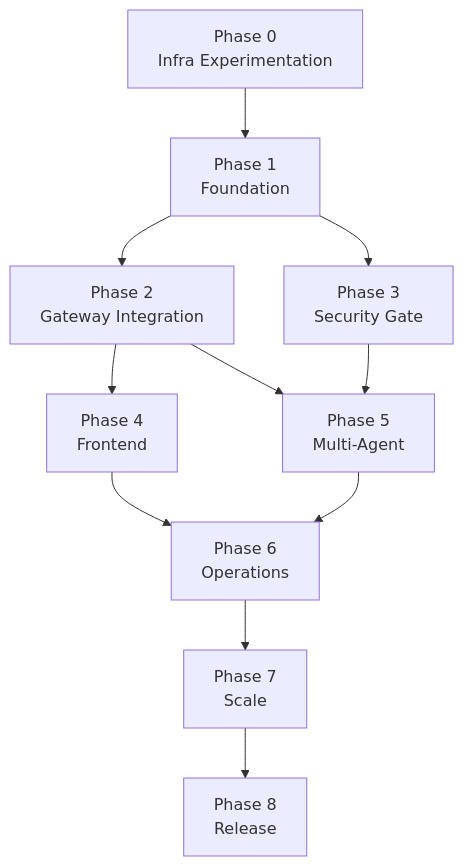
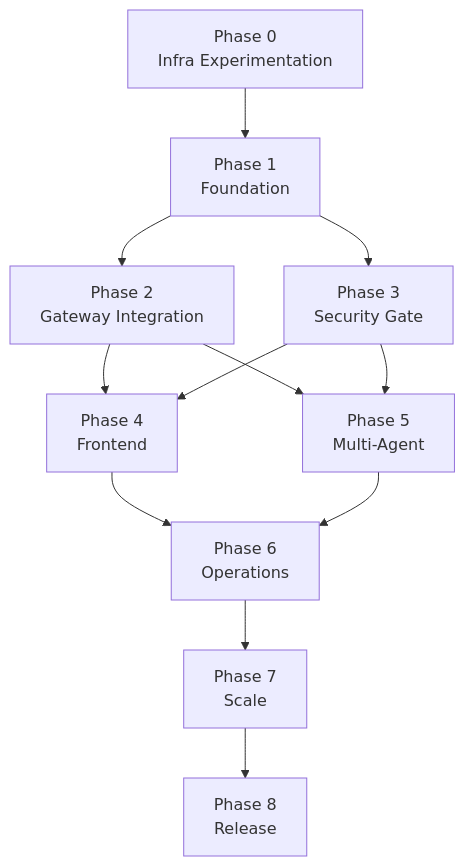
Before and after one commit to 1qh/claw: the first of 3 diagrams in plan/README.md, drawn with Mermaid. The commit also changed 5 other files, not shown here.

````diff
--- a/plan/README.md
+++ b/plan/README.md
@@ -18,23 +18,24 @@
 ```mermaid
 graph TD
     P0["Phase 0\nInfra Experimentation"]
     P1["Phase 1\nFoundation"]
     P2["Phase 2\nGateway Integration"]
     P3["Phase 3\nSecurity Gate"]
     P4["Phase 4\nFrontend"]
     P5["Phase 5\nMulti-Agent"]
     P6["Phase 6\nOperations"]
     P7["Phase 7\nScale"]
     P8["Phase 8\nRelease"]
 
     P0 --> P1
     P1 --> P2
     P1 --> P3
     P2 --> P4
+    P3 --> P4
     P2 --> P5
     P3 --> P5
     P4 --> P6
     P5 --> P6
     P6 --> P7
     P7 --> P8
 ```
````
